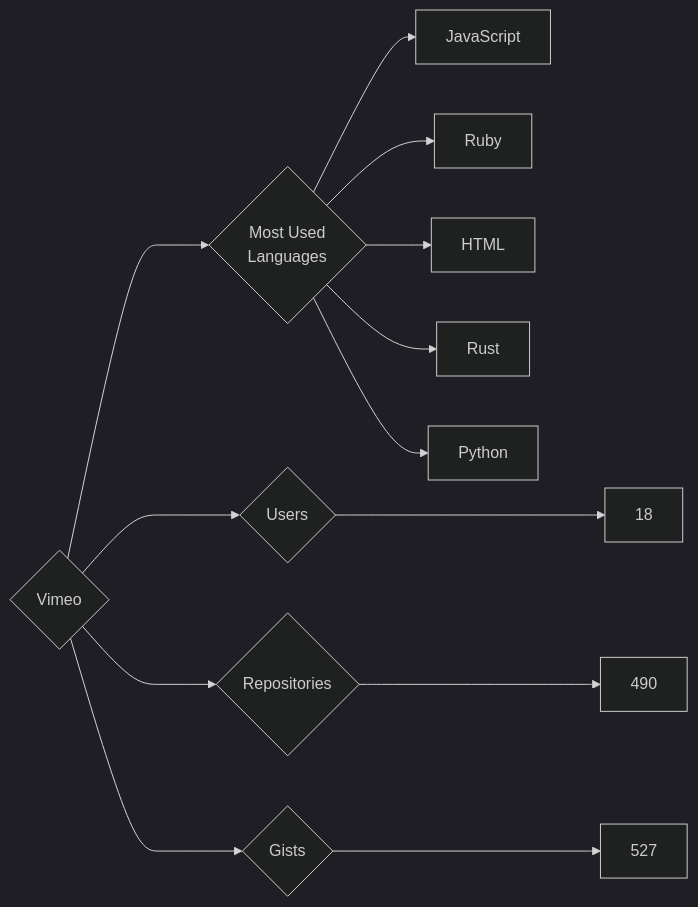
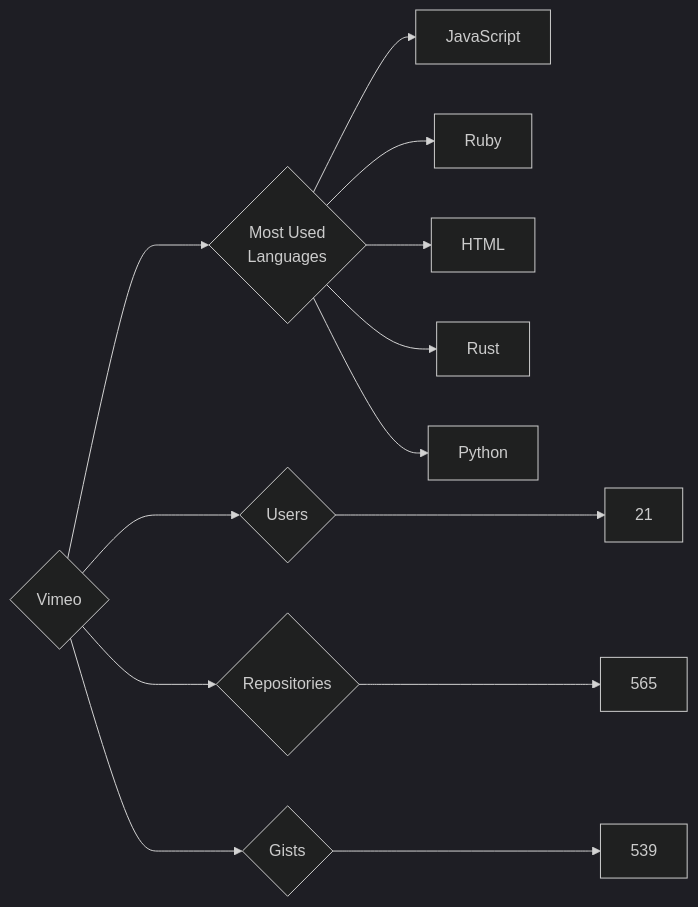
The diagram in targets/Vimeo/README.md (trickest/insiders), drawn with Mermaid (dark theme) before and after one commit. The commit also changed 534 other files, not shown here.

````diff
--- a/targets/Vimeo/README.md
+++ b/targets/Vimeo/README.md
@@ -3,13 +3,13 @@
 ```mermaid
 graph LR
 COMPANY_NAME{Vimeo}
-COMPANY_NAME ---> U{Users} ---> UN[18]
-COMPANY_NAME ---> R{Repositories} ---> RN[490]
-COMPANY_NAME ---> G{Gists} ---> GN[527]
+COMPANY_NAME ---> U{Users} ---> UN[21]
+COMPANY_NAME ---> R{Repositories} ---> RN[565]
+COMPANY_NAME ---> G{Gists} ---> GN[539]
 COMPANY_NAME ---> ML{Most Used<br>Languages}
 ML --> JavaScript[JavaScript]
 ML --> Ruby[Ruby]
 ML --> HTML[HTML]
 ML --> Rust[Rust]
 ML --> Python[Python]
 ```
````
